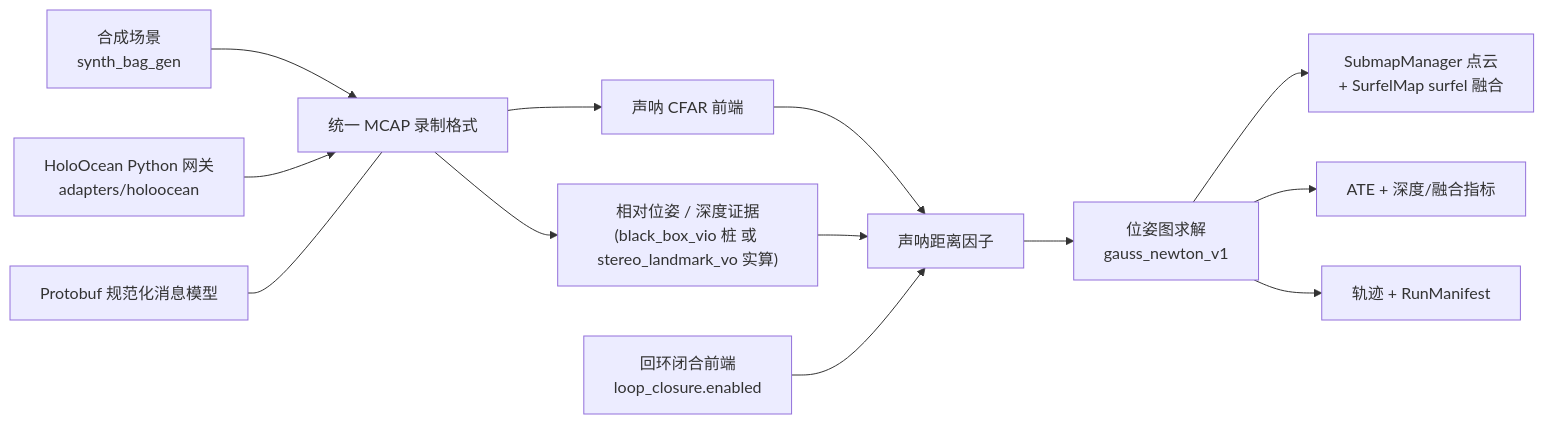
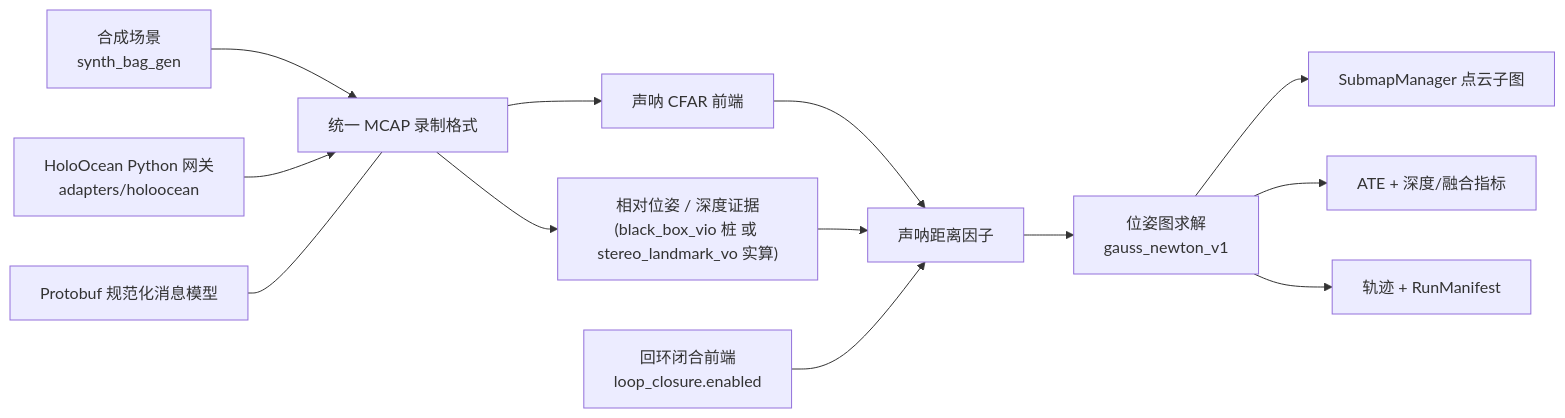
Before and after one commit to PengBY91/uw_slam_simplify: the first of 3 diagrams in README.md, drawn with Mermaid. The commit also changed other lines of this file and 28 other files, not shown here.

````diff
--- a/README.md
+++ b/README.md
@@ -210,16 +209,16 @@
 ```mermaid
 flowchart LR
     SYN[合成场景<br/>synth_bag_gen] --> MCAP[统一 MCAP 录制格式]
     HOP[HoloOcean Python 网关<br/>adapters/holoocean] --> MCAP
 
     PB[Protobuf 规范化消息模型] --- MCAP
     MCAP --> FE[声呐 CFAR 前端]
     MCAP --> ODO["相对位姿 / 深度证据<br/>(black_box_vio 桩 或 stereo_landmark_vo 实算)"]
     FE --> FACTOR[声呐距离因子]
     ODO --> FACTOR
     LC[回环闭合前端<br/>loop_closure.enabled] --> FACTOR
     FACTOR --> EST["位姿图求解<br/>gauss_newton_v1"]
-    EST --> MAP["SubmapManager 点云<br/>+ SurfelMap surfel 融合"]
+    EST --> MAP["SubmapManager 点云子图"]
     EST --> EVAL[ATE + 深度/融合指标]
     EST --> OUT[轨迹 + RunManifest]
 ```
````
